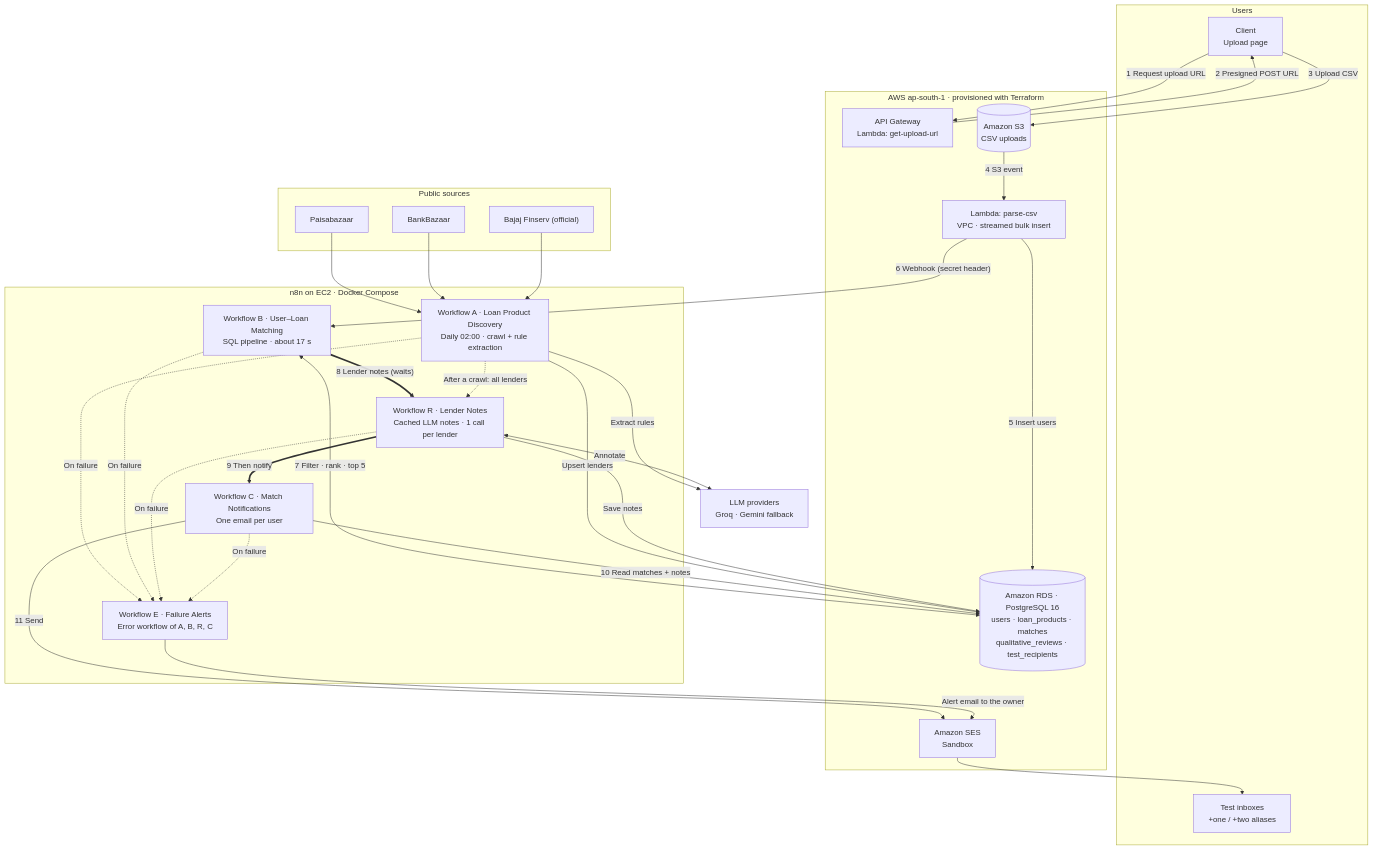
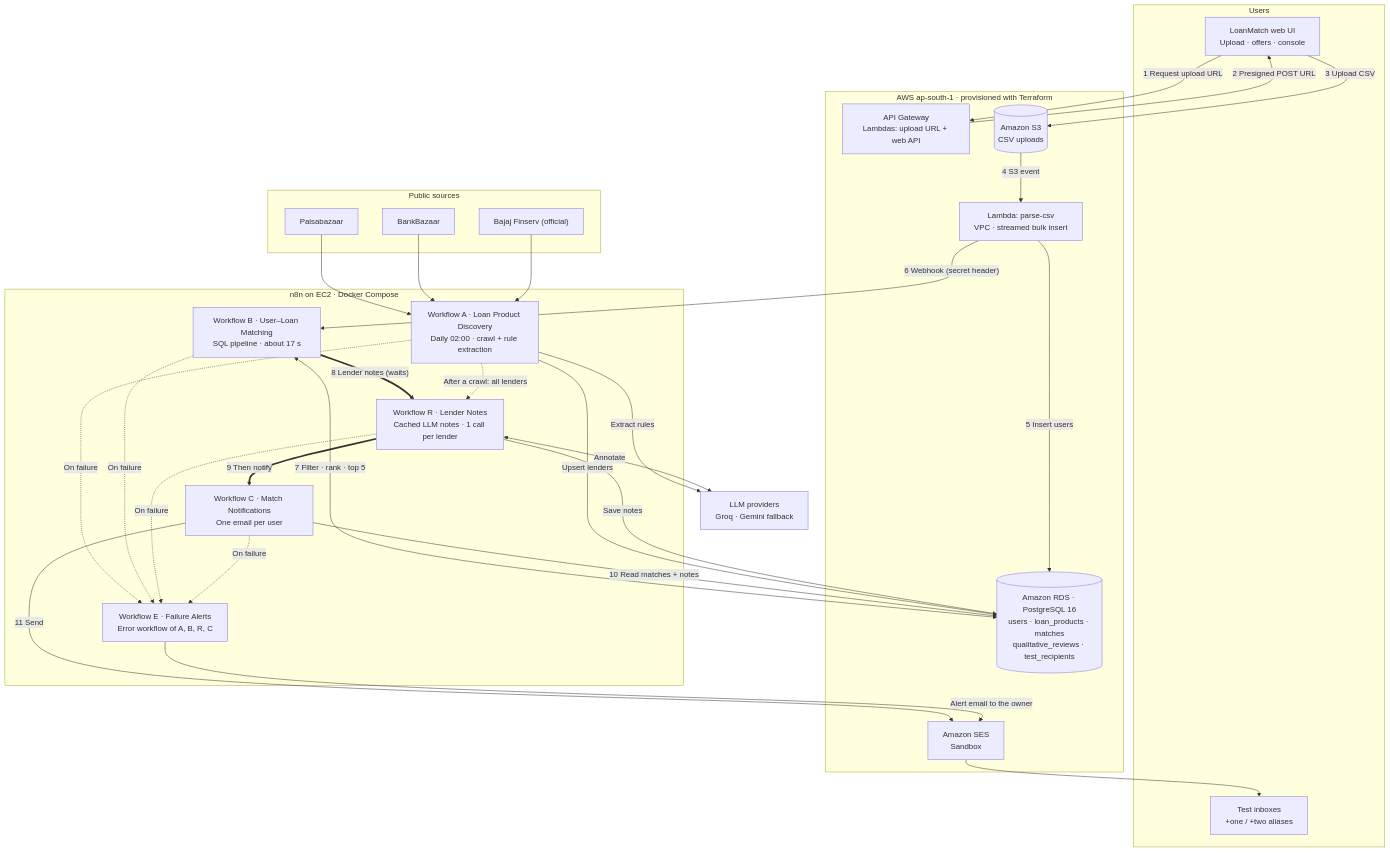
Before and after one commit to ashishnanda19/LoanMatch: the diagram in docs/architecture.mmd, drawn with Mermaid. The commit also changed 34 other files, not shown here.

Commit message:
Web UI (ClickPe-style) and read API; employment-type extraction fix; match_user(); independent audit; validation notes

```diff
--- a/docs/architecture.mmd
+++ b/docs/architecture.mmd
@@ -1,54 +1,54 @@
 flowchart TB
     subgraph USER["Users"]
-        UI["Client<br/>Upload page"]
+        UI["LoanMatch web UI<br/>Upload · offers · console"]
         INBOX["Test inboxes<br/>+one / +two aliases"]
     end
 
     subgraph AWS["AWS ap-south-1 · provisioned with Terraform"]
-        APIGW["API Gateway<br/>Lambda: get-upload-url"]
+        APIGW["API Gateway<br/>Lambdas: upload URL + web API"]
         S3[("Amazon S3<br/>CSV uploads")]
         L2["Lambda: parse-csv<br/>VPC · streamed bulk insert"]
         RDS[("Amazon RDS · PostgreSQL 16<br/>users · loan_products · matches<br/>qualitative_reviews · test_recipients")]
         SES["Amazon SES<br/>Sandbox"]
     end
 
     subgraph N8N["n8n on EC2 · Docker Compose"]
         A["Workflow A · Loan Product Discovery<br/>Daily 02:00 · crawl + rule extraction"]
         B["Workflow B · User–Loan Matching<br/>SQL pipeline · about 17 s"]
         R["Workflow R · Lender Notes<br/>Cached LLM notes · 1 call per lender"]
         C["Workflow C · Match Notifications<br/>One email per user"]
         E["Workflow E · Failure Alerts<br/>Error workflow of A, B, R, C"]
     end
 
     subgraph WEB["Public sources"]
         PB["Paisabazaar"]
         BB["BankBazaar"]
         BJ["Bajaj Finserv (official)"]
     end
     LLM["LLM providers<br/>Groq · Gemini fallback"]
 
     UI -->|"1 Request upload URL"| APIGW
     APIGW -->|"2 Presigned POST URL"| UI
     UI -->|"3 Upload CSV"| S3
     S3 -->|"4 S3 event"| L2
     L2 -->|"5 Insert users"| RDS
     L2 -->|"6 Webhook (secret header)"| B
     B <-->|"7 Filter · rank · top 5"| RDS
     B ==>|"8 Lender notes (waits)"| R
     R ==>|"9 Then notify"| C
     C -->|"10 Read matches + notes"| RDS
     C -->|"11 Send"| SES --> INBOX
 
     PB --> A
     BB --> A
     BJ --> A
     A -->|"Extract rules"| LLM
     A -->|"Upsert lenders"| RDS
     A -.->|"After a crawl: all lenders"| R
     R <-->|"Annotate"| LLM
     R -->|"Save notes"| RDS
     A -.->|"On failure"| E
     B -.->|"On failure"| E
     R -.->|"On failure"| E
     C -.->|"On failure"| E
     E -->|"Alert email to the owner"| SES
```
